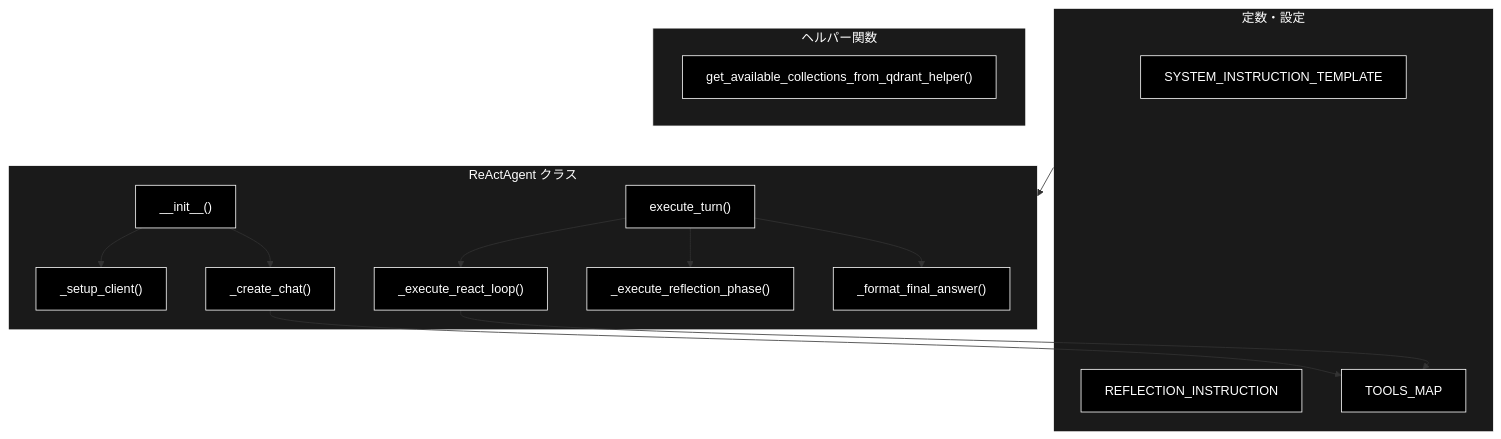
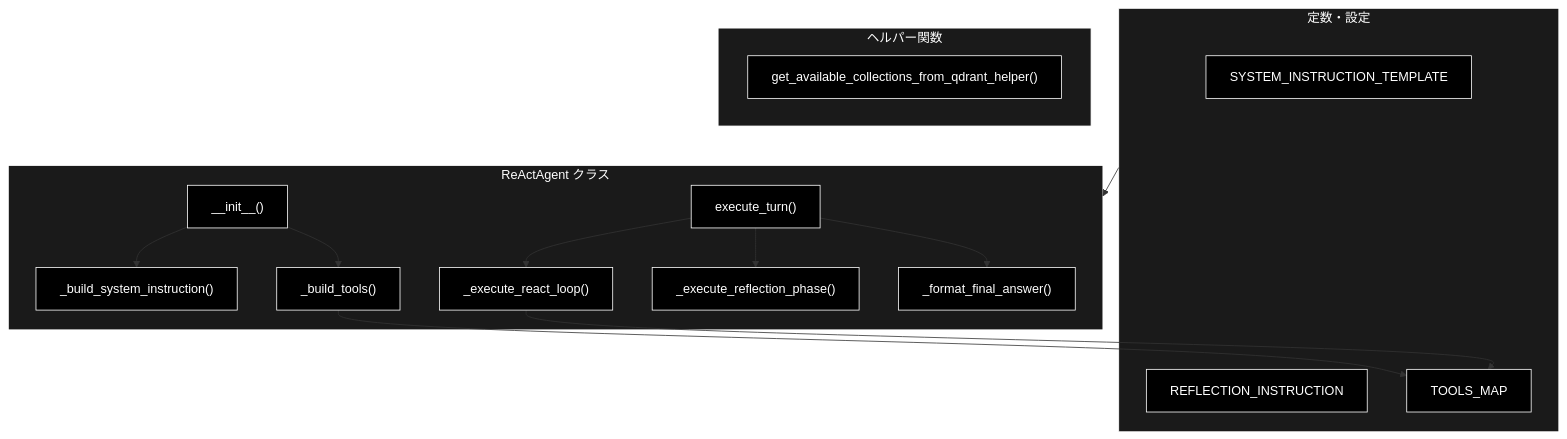
Before and after one commit to nakashima2toshio/anthropic_grace_agent_v2: the second of 3 diagrams in services/doc/agent_service.md, drawn with Mermaid. The commit also changed other lines of this file, not shown here.

````diff
--- a/services/doc/agent_service.md
+++ b/services/doc/agent_service.md
@@ -122,37 +122,37 @@
 ```mermaid
 flowchart TB
     subgraph CONST["定数・設定"]
         SYS["SYSTEM_INSTRUCTION_TEMPLATE"]
         REF["REFLECTION_INSTRUCTION"]
         TMAP["TOOLS_MAP"]
     end
 
     subgraph AGENT["ReActAgent クラス"]
         INIT["__init__()"]
-        SETUP["_setup_client()"]
-        CHAT["_create_chat()"]
+        BSYS["_build_system_instruction()"]
+        BTOOL["_build_tools()"]
         TURN["execute_turn()"]
         LOOP["_execute_react_loop()"]
         REFLECT["_execute_reflection_phase()"]
         FORMAT["_format_final_answer()"]
     end
 
     subgraph FUNC["ヘルパー関数"]
         COLL["get_available_collections_from_qdrant_helper()"]
     end
 
     CONST --> AGENT
-    INIT --> SETUP
-    INIT --> CHAT
+    INIT --> BSYS
+    INIT --> BTOOL
     TURN --> LOOP
     TURN --> REFLECT
     TURN --> FORMAT
-    CHAT --> TMAP
+    BTOOL --> TMAP
     LOOP --> TMAP
 classDef default fill:#000,stroke:#fff,color:#fff
 classDef subgraphStyle fill:#1a1a1a,stroke:#fff,color:#fff
-class SYS,REF,TMAP,INIT,SETUP,CHAT,TURN,LOOP,REFLECT,FORMAT,COLL default
+class SYS,REF,TMAP,INIT,BSYS,BTOOL,TURN,LOOP,REFLECT,FORMAT,COLL default
 style CONST fill:#1a1a1a,stroke:#fff,color:#fff
 style AGENT fill:#1a1a1a,stroke:#fff,color:#fff
 style FUNC fill:#1a1a1a,stroke:#fff,color:#fff
 ```
````
